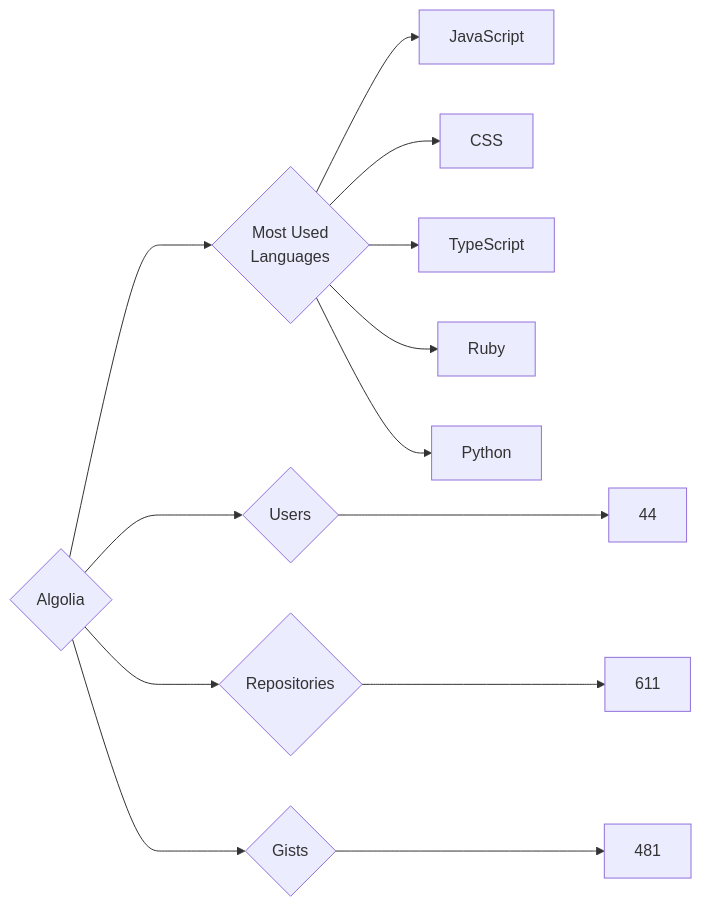
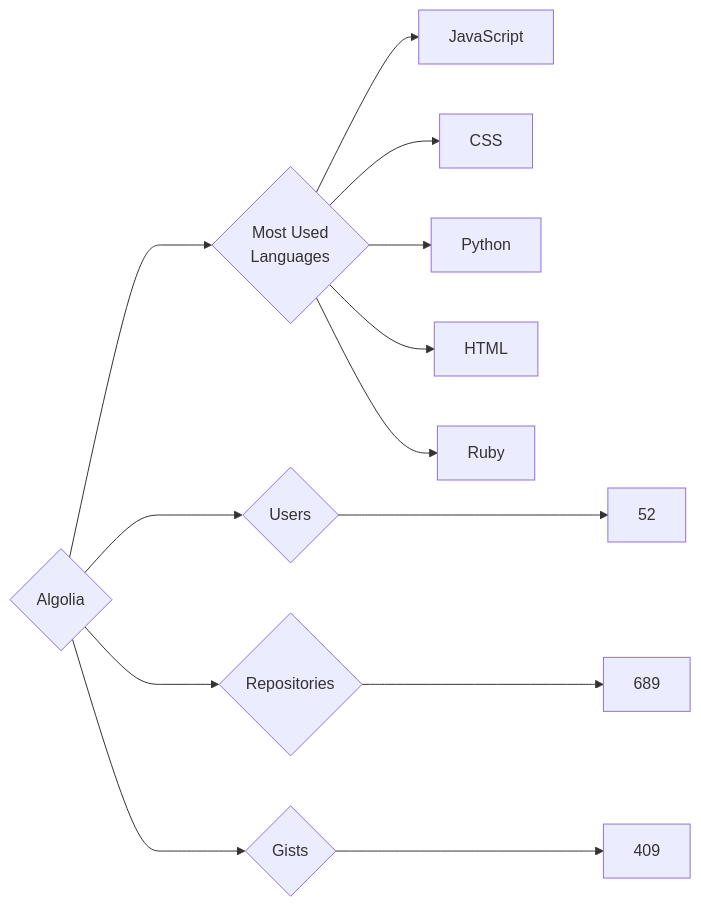
The diagram in targets/Algolia/README.md (trickest/insiders), drawn with Mermaid before and after one commit. The commit also changed 900 other files, not shown here.

````diff
--- a/targets/Algolia/README.md
+++ b/targets/Algolia/README.md
@@ -3,13 +3,13 @@
 ```mermaid
 graph LR
 COMPANY_NAME{Algolia}
-COMPANY_NAME ---> U{Users} ---> UN[44]
-COMPANY_NAME ---> R{Repositories} ---> RN[611]
-COMPANY_NAME ---> G{Gists} ---> GN[481]
+COMPANY_NAME ---> U{Users} ---> UN[52]
+COMPANY_NAME ---> R{Repositories} ---> RN[689]
+COMPANY_NAME ---> G{Gists} ---> GN[409]
 COMPANY_NAME ---> ML{Most Used<br>Languages}
 ML --> JavaScript[JavaScript]
 ML --> CSS[CSS]
-ML --> TypeScript[TypeScript]
+ML --> Python[Python]
+ML --> HTML[HTML]
 ML --> Ruby[Ruby]
-ML --> Python[Python]
 ```
````
